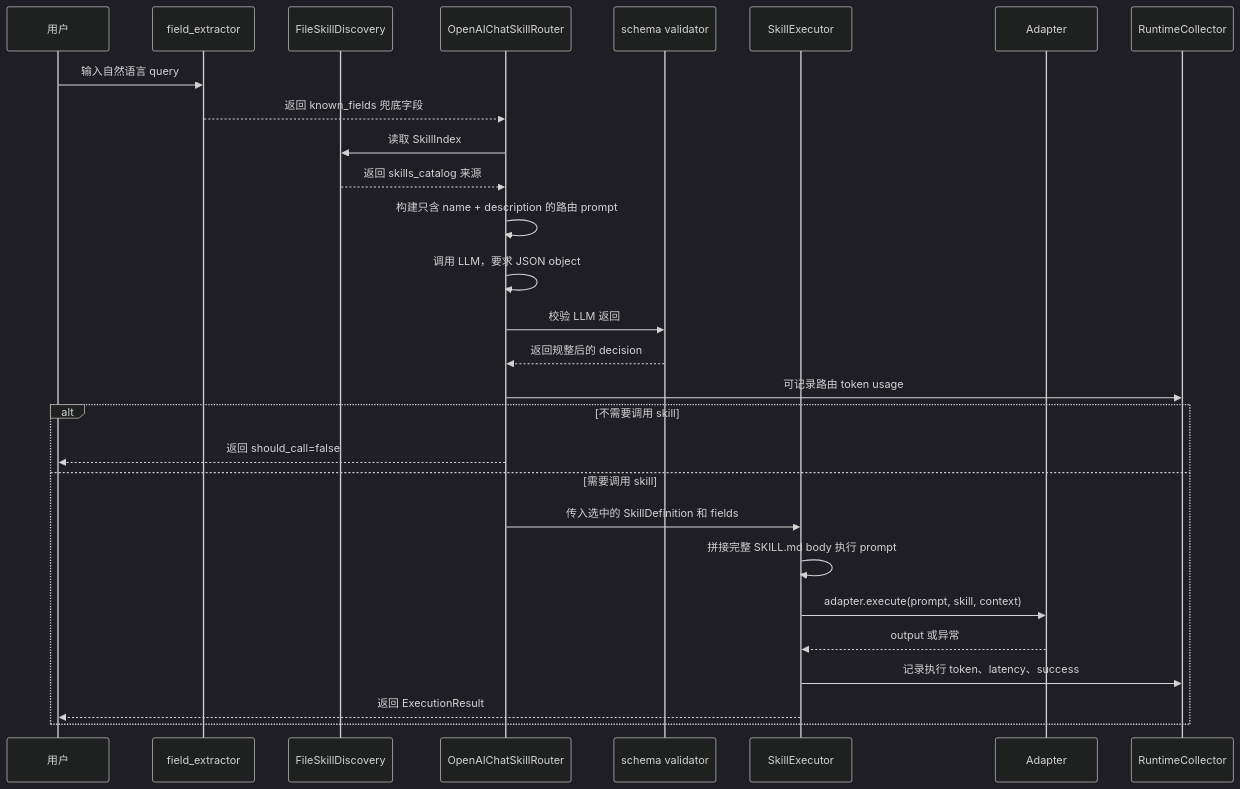
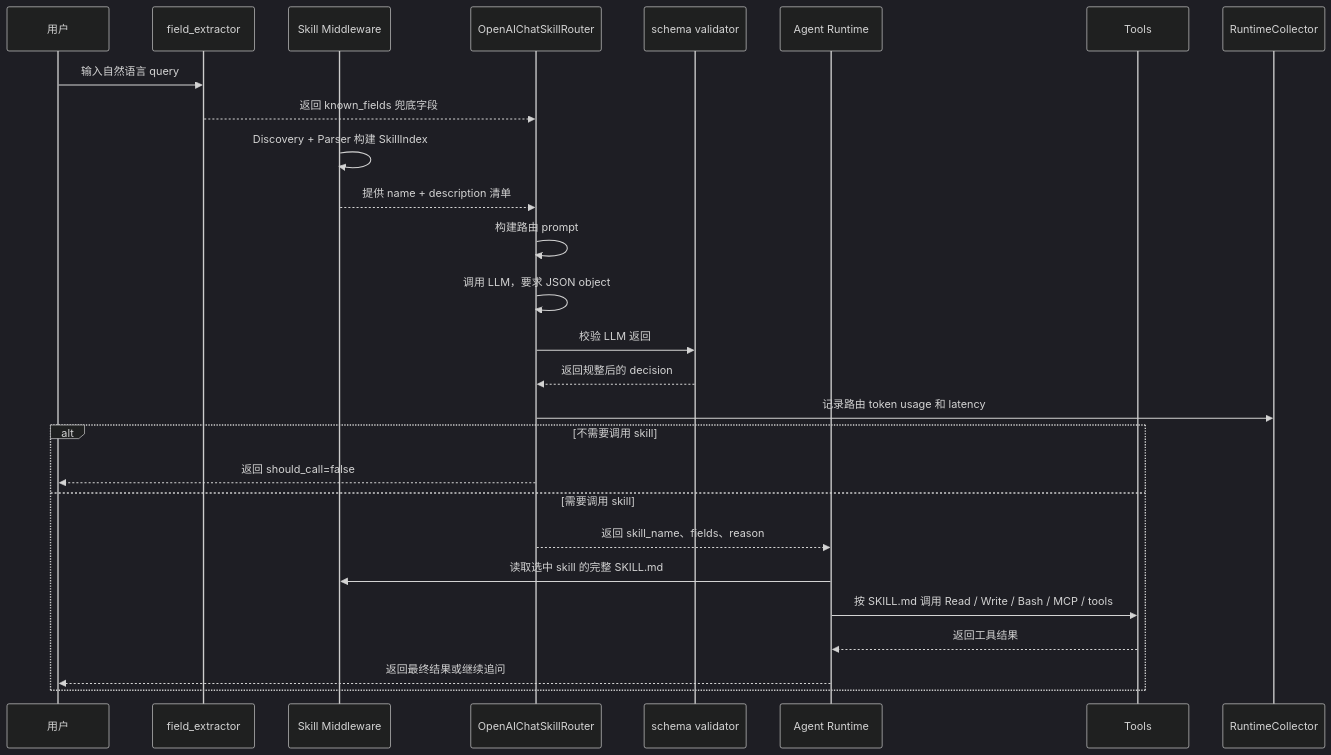
Before and after one commit to whopointer/enterprise-office-agent: the third of 3 diagrams in docs/SKILL_MIDDLEWARE_PIPELINE_REPORT_2026-07-03.md, drawn with Mermaid (dark theme). The commit also changed other lines of this file and 37 other files, not shown here.

Commit message:
Refactor skill execution into eval runner and tools

````diff
--- a/docs/SKILL_MIDDLEWARE_PIPELINE_REPORT_2026-07-03.md
+++ b/docs/SKILL_MIDDLEWARE_PIPELINE_REPORT_2026-07-03.md
@@ -52,31 +63,30 @@
 ```mermaid
 sequenceDiagram
     participant U as 用户
     participant FE as field_extractor
-    participant D as FileSkillDiscovery
+    participant MW as Skill Middleware
     participant R as OpenAIChatSkillRouter
     participant S as schema validator
-    participant E as SkillExecutor
-    participant A as Adapter
+    participant AG as Agent Runtime
+    participant T as Tools
     participant M as RuntimeCollector
 
     U->>FE: 输入自然语言 query
     FE-->>R: 返回 known_fields 兜底字段
-    R->>D: 读取 SkillIndex
-    D-->>R: 返回 skills_catalog 来源
-    R->>R: 构建只含 name + description 的路由 prompt
+    MW->>MW: Discovery + Parser 构建 SkillIndex
+    MW-->>R: 提供 name + description 清单
+    R->>R: 构建路由 prompt
     R->>R: 调用 LLM，要求 JSON object
     R->>S: 校验 LLM 返回
     S-->>R: 返回规整后的 decision
-    R->>M: 可记录路由 token usage
+    R->>M: 记录路由 token usage 和 latency
     alt 不需要调用 skill
         R-->>U: 返回 should_call=false
     else 需要调用 skill
-        R->>E: 传入选中的 SkillDefinition 和 fields
-        E->>E: 拼接完整 SKILL.md body 执行 prompt
-        E->>A: adapter.execute(prompt, skill, context)
-        A-->>E: output 或异常
-        E->>M: 记录执行 token、latency、success
-        E-->>U: 返回 ExecutionResult
+        R-->>AG: 返回 skill_name、fields、reason
+        AG->>MW: 读取选中 skill 的完整 SKILL.md
+        AG->>T: 按 SKILL.md 调用 Read / Write / Bash / MCP / tools
+        T-->>AG: 返回工具结果
+        AG-->>U: 返回最终结果或继续追问
     end
 ```
````
